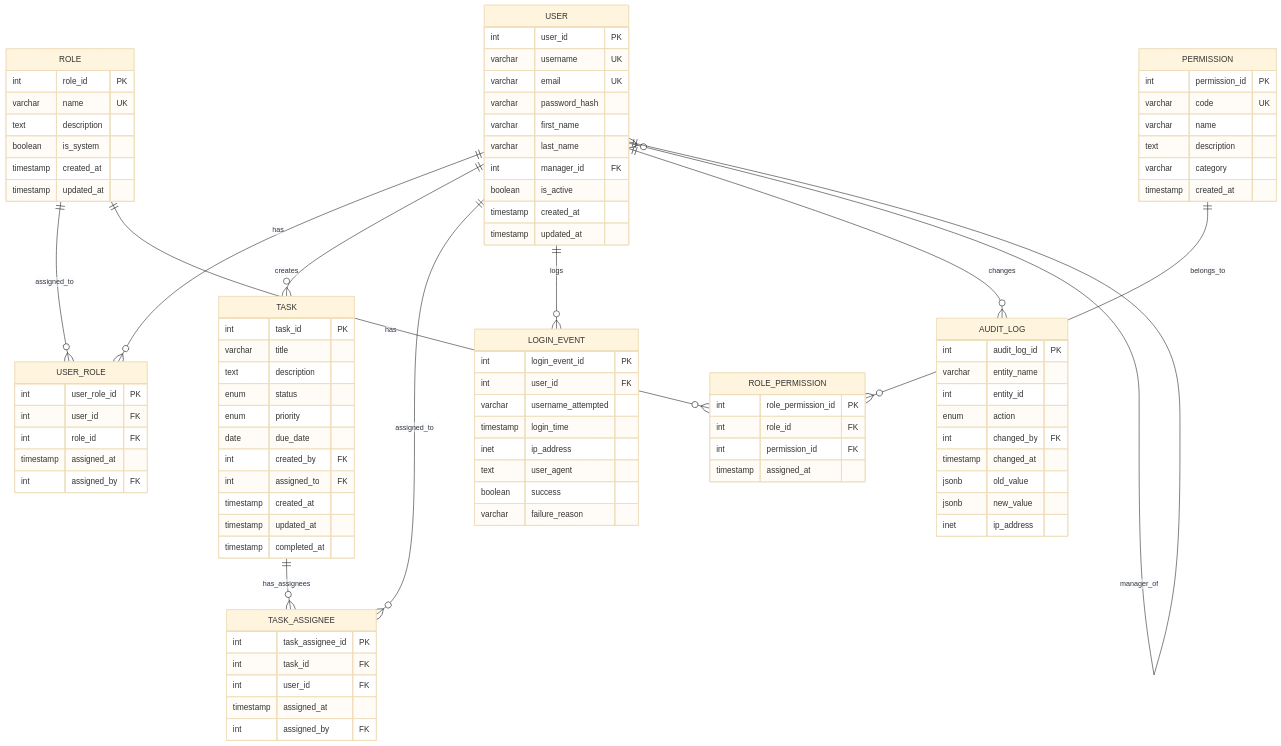
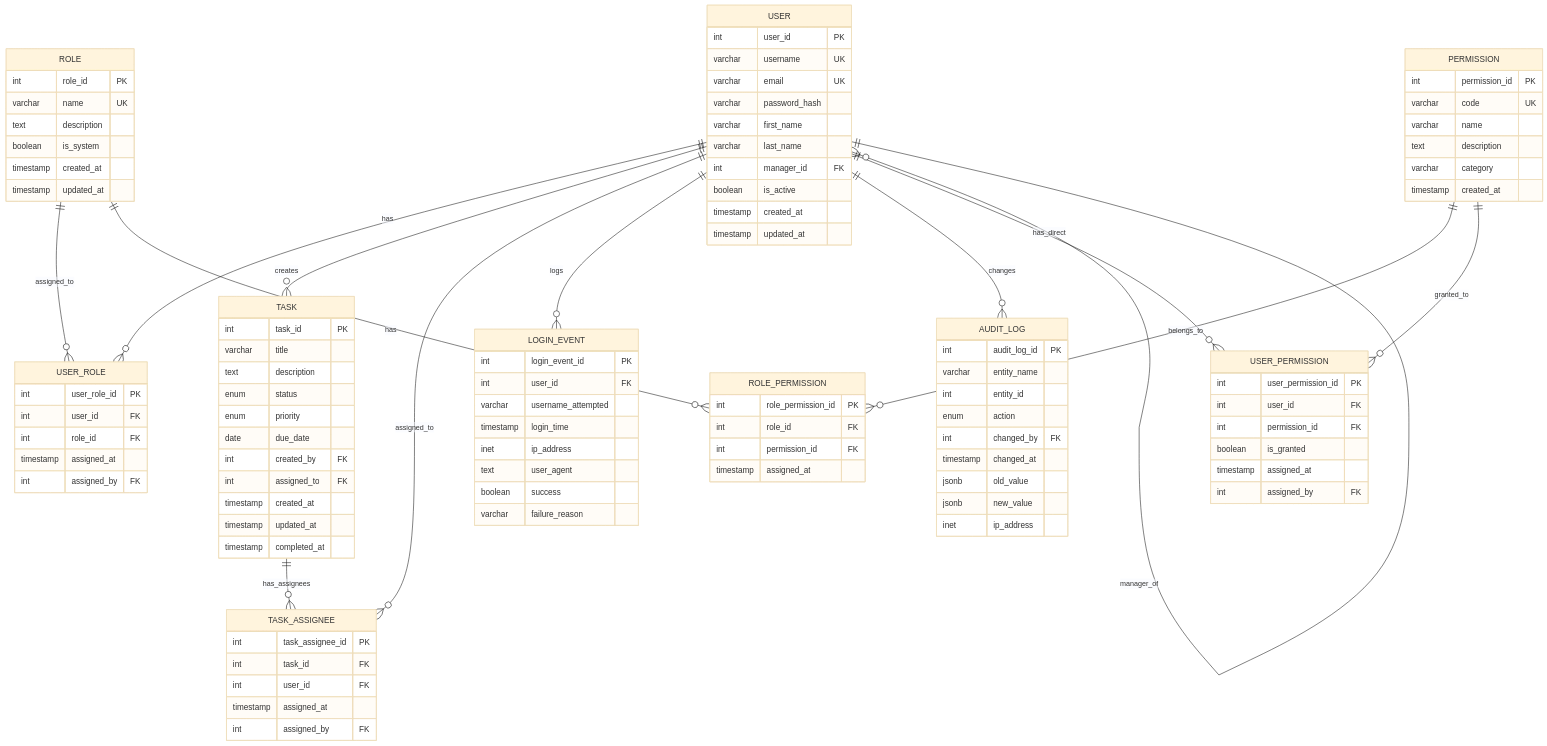
One commit to MarkoSokser/Sustav-za-upravljanje-zaposelnicima-i-zadacima- changed the diagram in images/ERA_diagram.md. Above: the diagram before and after it, drawn with Mermaid (base theme). The commit also changed other lines of this file and 7 other files, not shown here.

```diff
--- a/images/ERA_diagram.md
+++ b/images/ERA_diagram.md
@@ -9,12 +9,14 @@
     USER ||--o{ TASK_ASSIGNEE : "assigned_to"
     USER ||--o{ LOGIN_EVENT : "logs"
     USER ||--o{ AUDIT_LOG : "changes"
+    USER ||--o{ USER_PERMISSION : "has_direct"
     USER }o--|| USER : "manager_of"
     
     ROLE ||--o{ USER_ROLE : "assigned_to"
     ROLE ||--o{ ROLE_PERMISSION : "has"
     
     PERMISSION ||--o{ ROLE_PERMISSION : "belongs_to"
+    PERMISSION ||--o{ USER_PERMISSION : "granted_to"
     
     TASK ||--o{ TASK_ASSIGNEE : "has_assignees"
 
@@ -64,6 +66,15 @@
         timestamp assigned_at
     }
 
+    USER_PERMISSION {
+        int user_permission_id PK
+        int user_id FK
+        int permission_id FK
+        boolean is_granted
+        timestamp assigned_at
+        int assigned_by FK
+    }
+
     TASK {
         int task_id PK
         varchar title
```
